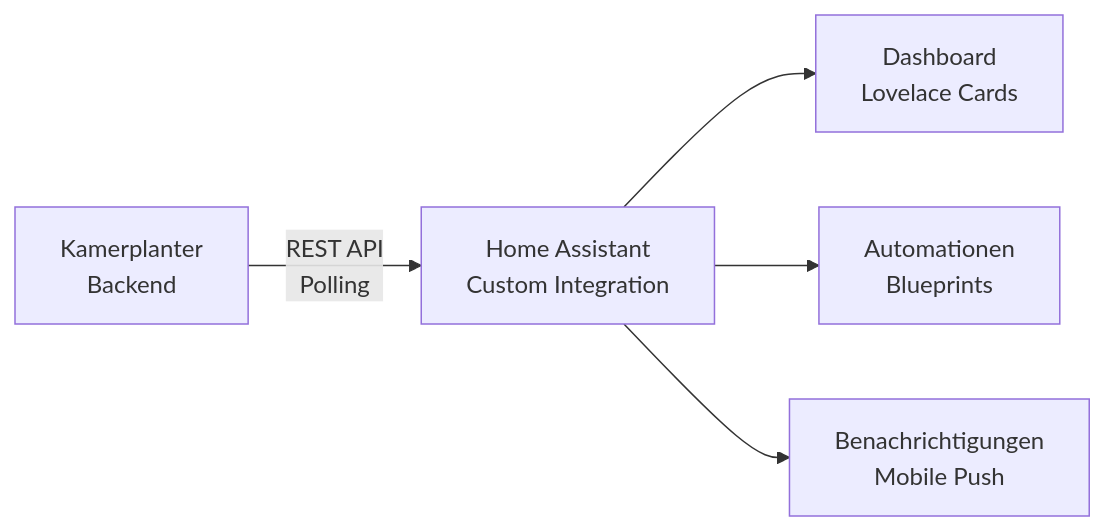
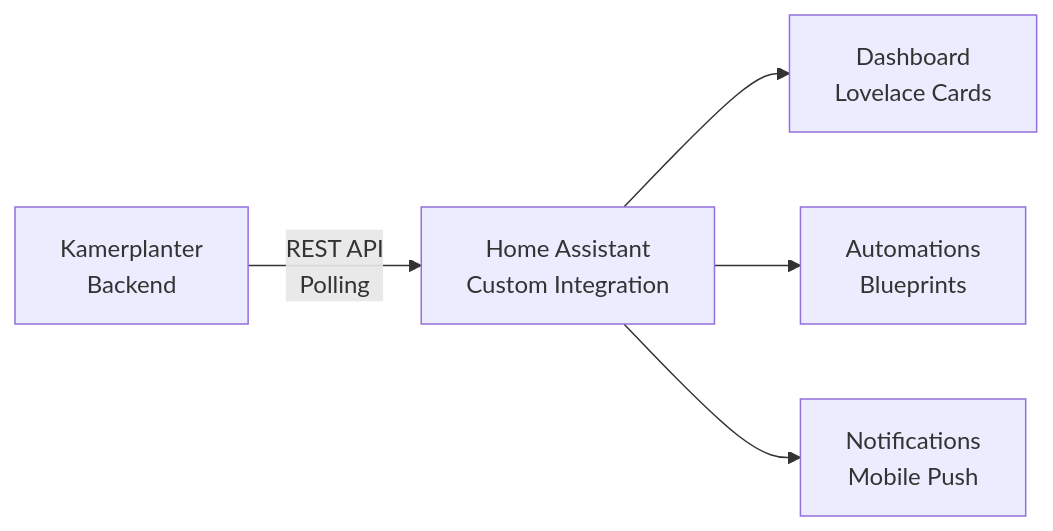
The first of 3 diagrams in docs/de/guides/home-assistant-integration.md (nolte/kamerplanter), drawn with Mermaid before and after one commit. The commit also changed other lines of this file and 44 other files, not shown here.

First line of the commit message:
docs: make all Mermaid diagrams spec-compliant (repo-wide sweep)

````diff
--- a/docs/de/guides/home-assistant-integration.md
+++ b/docs/de/guides/home-assistant-integration.md
@@ -7,7 +8,7 @@
 ```mermaid
 flowchart LR
-    KP["Kamerplanter\nBackend"] -->|REST API\nPolling| HA["Home Assistant\nCustom Integration"]
-    HA --> D["Dashboard\nLovelace Cards"]
-    HA --> A["Automationen\nBlueprints"]
-    HA --> N["Benachrichtigungen\nMobile Push"]
+    KP["Kamerplanter<br/>Backend"] -->|REST API<br/>Polling| HA["Home Assistant<br/>Custom Integration"]
+    HA --> D["Dashboard<br/>Lovelace Cards"]
+    HA --> A["Automations<br/>Blueprints"]
+    HA --> N["Notifications<br/>Mobile Push"]
 ```
````
